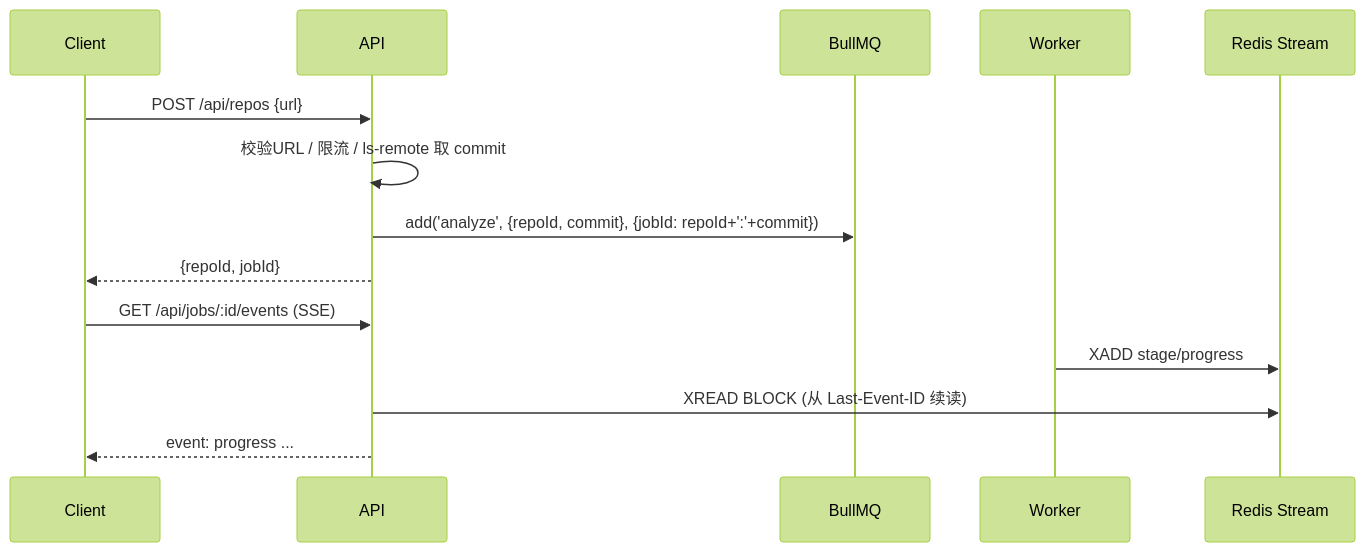
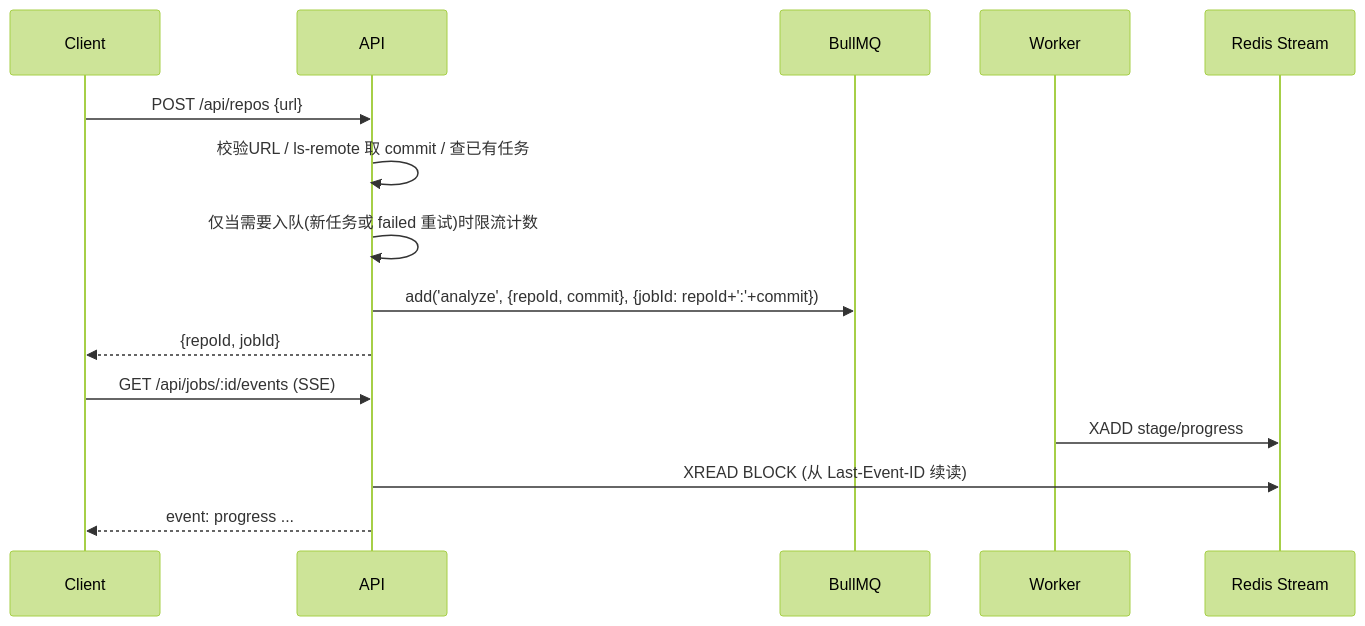
The second of 3 diagrams in docs/BACKEND_AI_DESIGN.md (Akarin7784/repo-lens), drawn with Mermaid (forest theme) before and after one commit. The commit also changed other lines of this file and 2 other files, not shown here.

````diff
--- a/docs/BACKEND_AI_DESIGN.md
+++ b/docs/BACKEND_AI_DESIGN.md
@@ -247,16 +247,17 @@
 ```mermaid
 sequenceDiagram
   participant C as Client
   participant A as API
   participant Q as BullMQ
   participant W as Worker
   participant R as Redis Stream
   C->>A: POST /api/repos {url}
-  A->>A: 校验URL / 限流 / ls-remote 取 commit
+  A->>A: 校验URL / ls-remote 取 commit / 查已有任务
+  A->>A: 仅当需要入队(新任务或 failed 重试)时限流计数
   A->>Q: add('analyze', {repoId, commit}, {jobId: repoId+':'+commit})
   A-->>C: {repoId, jobId}
   C->>A: GET /api/jobs/:id/events (SSE)
   W->>R: XADD stage/progress
   A->>R: XREAD BLOCK (从 Last-Event-ID 续读)
   A-->>C: event: progress ...
 ```
````
